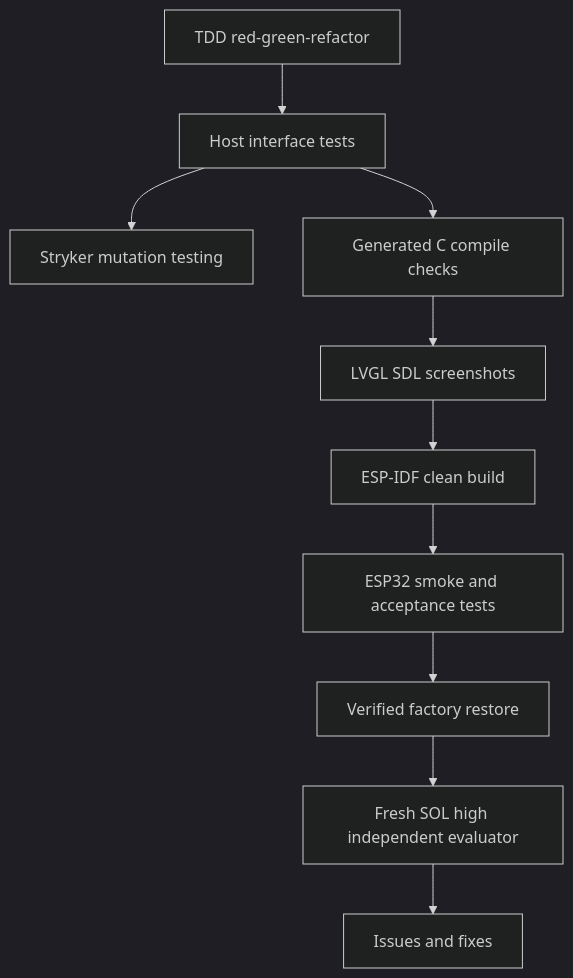
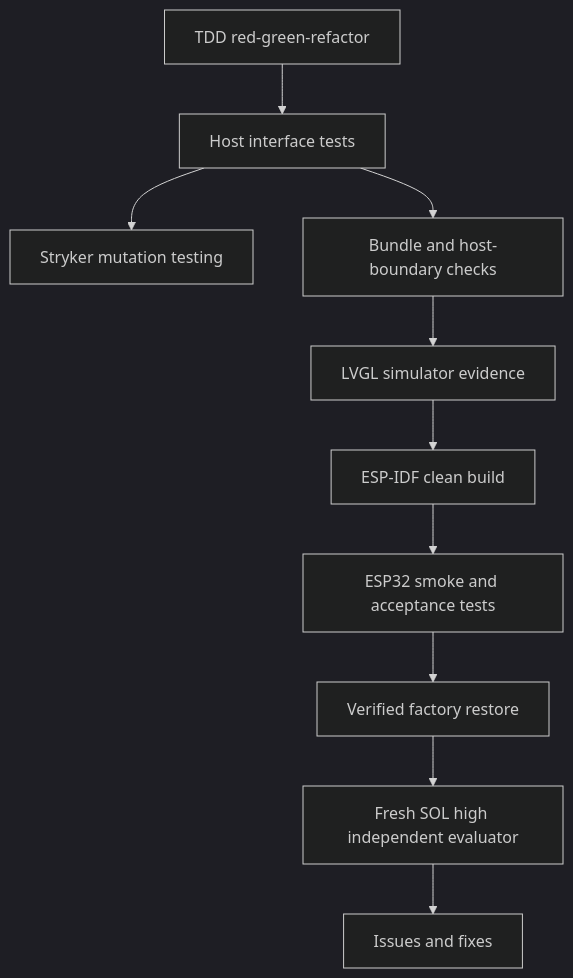
One commit to Remeic/tsx-lvgl changed the diagram in docs/feature-specs/0002-testing-and-mutation-strategy.md. Above: the diagram before and after it, drawn with Mermaid (dark theme). The commit also changed other lines of this file and 82 other files, not shown here.

First line of the commit message:
feat(runtime): replace generated-C path with JS runtime architecture (#28)

````diff
--- a/docs/feature-specs/0002-testing-and-mutation-strategy.md
+++ b/docs/feature-specs/0002-testing-and-mutation-strategy.md
@@ -13,12 +16,12 @@
 ```mermaid
 flowchart TD
     TDD[TDD red-green-refactor] --> Host[Host interface tests]
     Host --> Mutation[Stryker mutation testing]
-    Host --> CCompile[Generated C compile checks]
-    CCompile --> SDL[LVGL SDL screenshots]
+    Host --> Bundle[Bundle and host-boundary checks]
+    Bundle --> SDL[LVGL simulator evidence]
     SDL --> IDF[ESP-IDF clean build]
     IDF --> Device[ESP32 smoke and acceptance tests]
     Device --> Recovery[Verified factory restore]
     Recovery --> Evaluator[Fresh SOL high independent evaluator]
     Evaluator --> Findings[Issues and fixes]
 ```
````
